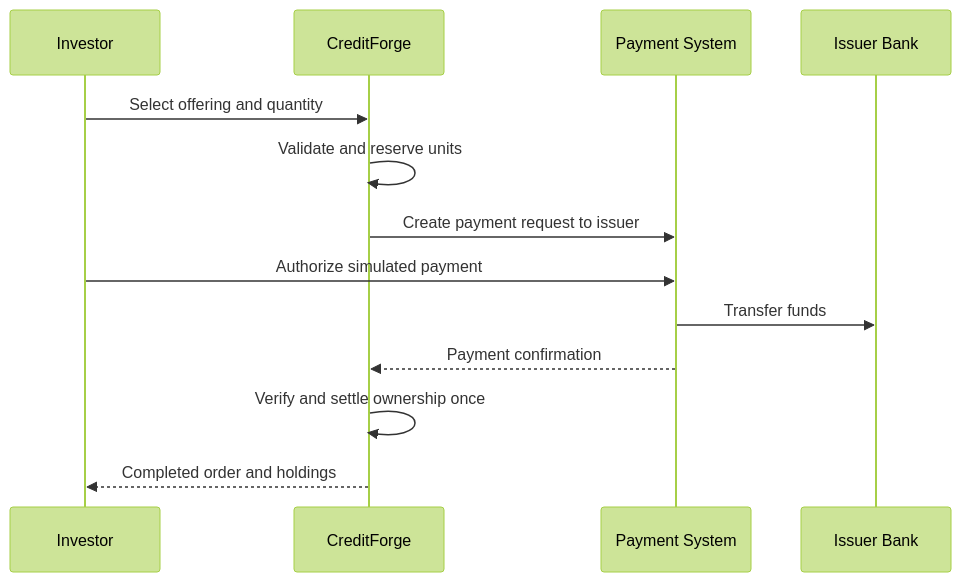
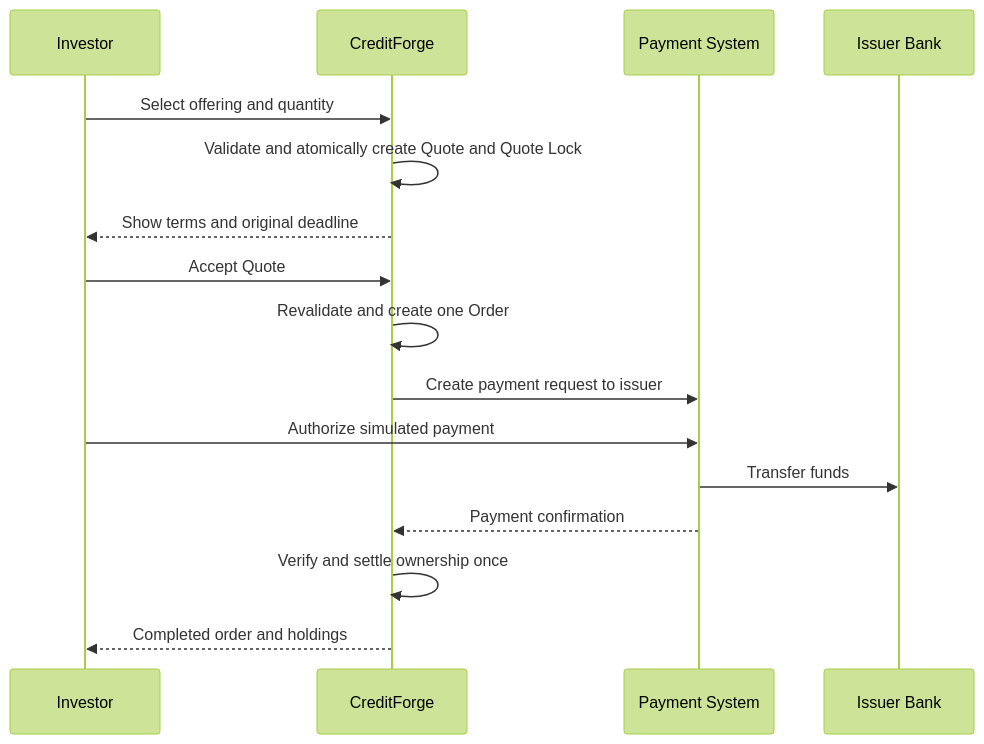
The fourth of 6 diagrams in docs/BRD.md (PotTy000/CREDIT-FORGE), drawn with Mermaid (forest theme) before and after one commit. The commit also changed other lines of this file, not shown here.

Commit message:
docs: revise BRD for quote-first checkout and quote locks

````diff
--- a/docs/BRD.md
+++ b/docs/BRD.md
@@ -353,15 +361,18 @@
 ```mermaid
 sequenceDiagram
  participant U as Investor
  participant C as CreditForge
  participant P as Payment System
  participant B as Issuer Bank
  U->>C: Select offering and quantity
- C->>C: Validate and reserve units
+ C->>C: Validate and atomically create Quote and Quote Lock
+ C-->>U: Show terms and original deadline
+ U->>C: Accept Quote
+ C->>C: Revalidate and create one Order
  C->>P: Create payment request to issuer
  U->>P: Authorize simulated payment
  P->>B: Transfer funds
  P-->>C: Payment confirmation
  C->>C: Verify and settle ownership once
  C-->>U: Completed order and holdings
 ```
````
